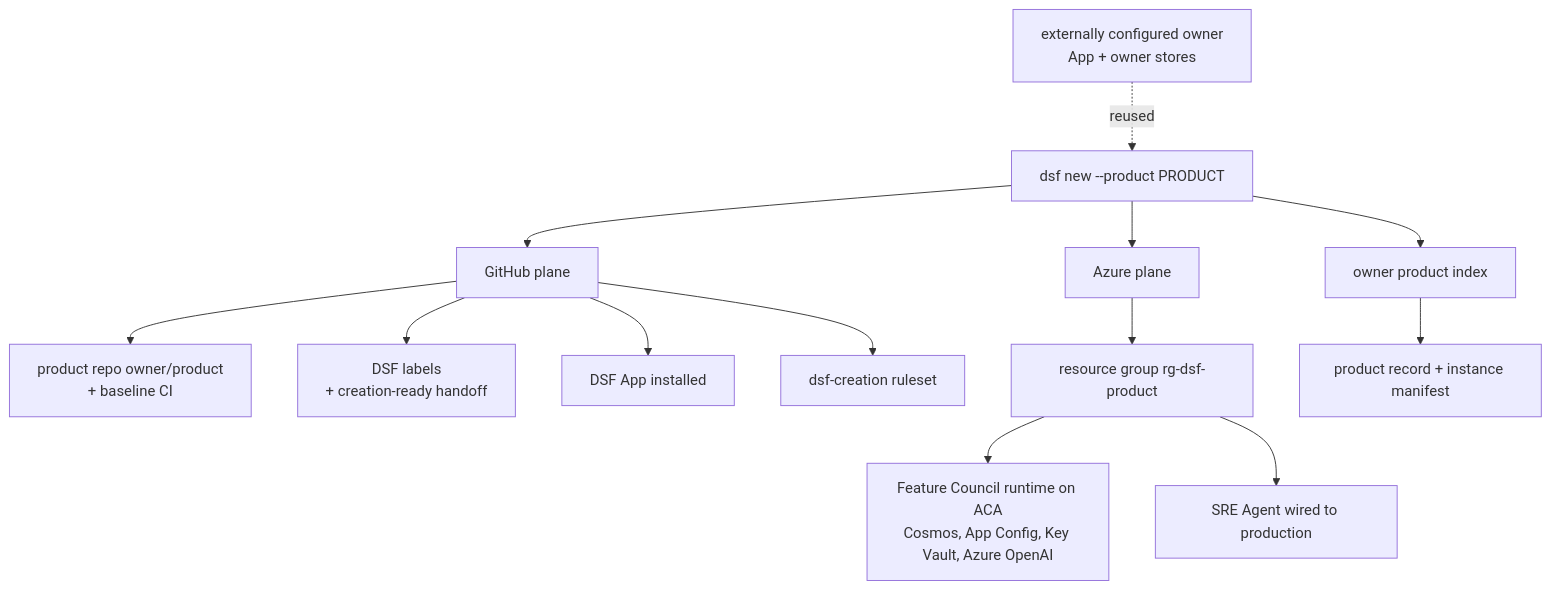
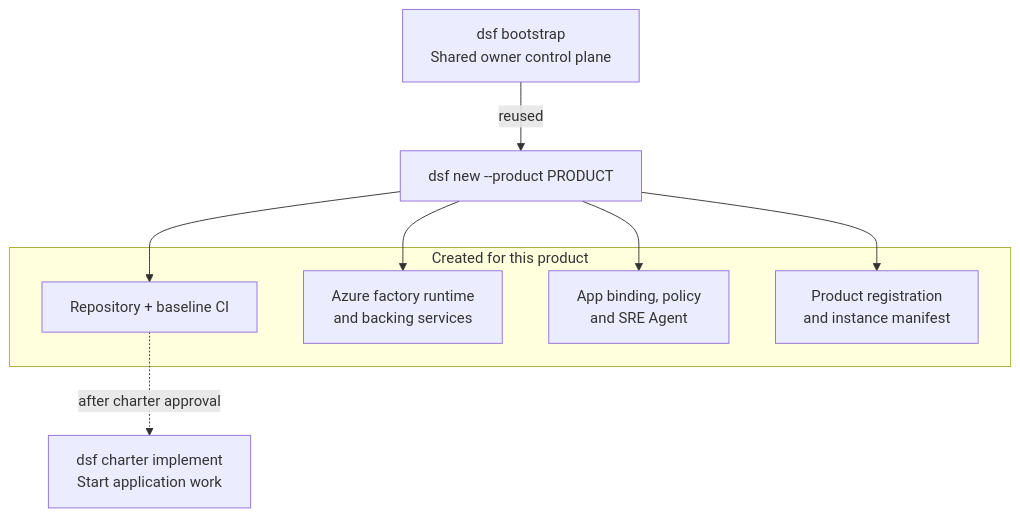
One commit to JoranBergfeld/dark-software-factory changed the diagram in docs/site/get-started/provision-a-factory.md. Above: the diagram before and after it, drawn with Mermaid. The commit also changed other lines of this file and 21 other files, not shown here.

````diff
--- a/docs/site/get-started/provision-a-factory.md
+++ b/docs/site/get-started/provision-a-factory.md
@@ -202,16 +230,15 @@
 ```mermaid
 flowchart TD
-    boot["externally configured owner<br/>App + owner stores"] -.->|reused| new
-    new["dsf new --product PRODUCT"]
-    new --> ghp["GitHub plane"]
-    new --> azp["Azure plane"]
-    new --> regp["owner product index"]
-    ghp --> repo["product repo owner/product<br/>+ baseline CI"]
-    ghp --> labels["DSF labels<br/>+ creation-ready handoff"]
-    ghp --> appinst["DSF App installed"]
-    ghp --> ruleset["dsf-creation ruleset"]
-    azp --> rg["resource group rg-dsf-product"]
-    rg --> runtime["Feature Council runtime on ACA<br/>Cosmos, App Config, Key Vault, Azure OpenAI"]
-    rg --> sre["SRE Agent wired to production"]
-    regp --> rec["product record + instance manifest"]
+    Owner["dsf bootstrap<br/>Shared owner control plane"] -->|reused| New["dsf new --product PRODUCT"]
+    subgraph Factory["Created for this product"]
+        Repo["Repository + baseline CI"]
+        Runtime["Azure factory runtime<br/>and backing services"]
+        Governance["App binding, policy<br/>and SRE Agent"]
+        Record["Product registration<br/>and instance manifest"]
+    end
+    New --> Repo
+    New --> Runtime
+    New --> Governance
+    New --> Record
+    Repo -.->|after charter approval| Implement["dsf charter implement<br/>Start application work"]
 ```
````
